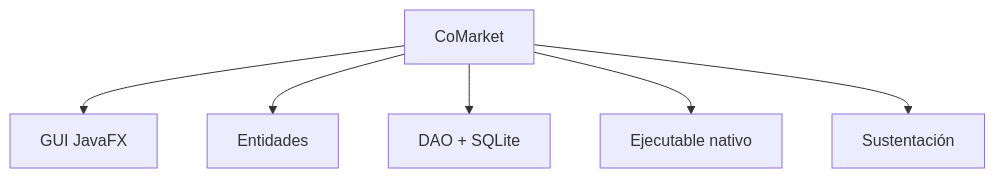
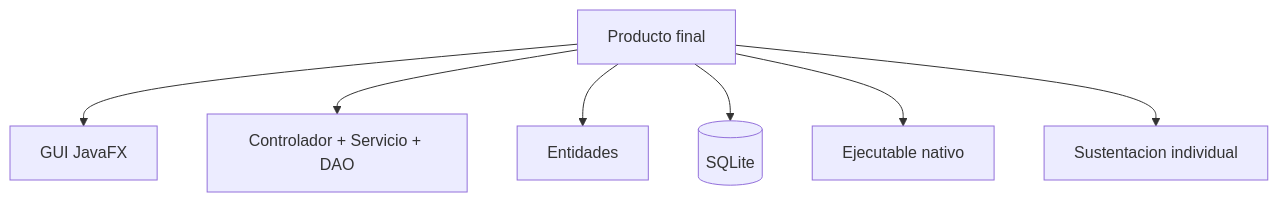
Before and after one commit to 262poo/comarket: the diagram in docs/S16_Evaluacion_Final.md, drawn with Mermaid. The commit also changed other lines of this file and 17 other files, not shown here.

````diff
--- a/docs/S16_Evaluacion_Final.md
+++ b/docs/S16_Evaluacion_Final.md
@@ -40,15 +45,17 @@
 ```mermaid
 flowchart TB
-    CoMarket["CoMarket"]
+    Producto["Producto final"]
     GUI["GUI JavaFX"]
+    Capas["Controlador + Servicio + DAO"]
     Entidades["Entidades"]
-    Persistencia["DAO + SQLite"]
+    BD[("SQLite")]
     Ejecutable["Ejecutable nativo"]
-    Sustentacion["Sustentación"]
+    Sustentacion["Sustentacion individual"]
 
-    CoMarket --> GUI
-    CoMarket --> Entidades
-    CoMarket --> Persistencia
-    CoMarket --> Ejecutable
-    CoMarket --> Sustentacion
+    Producto --> GUI
+    Producto --> Capas
+    Producto --> Entidades
+    Producto --> BD
+    Producto --> Ejecutable
+    Producto --> Sustentacion
 ```
````
